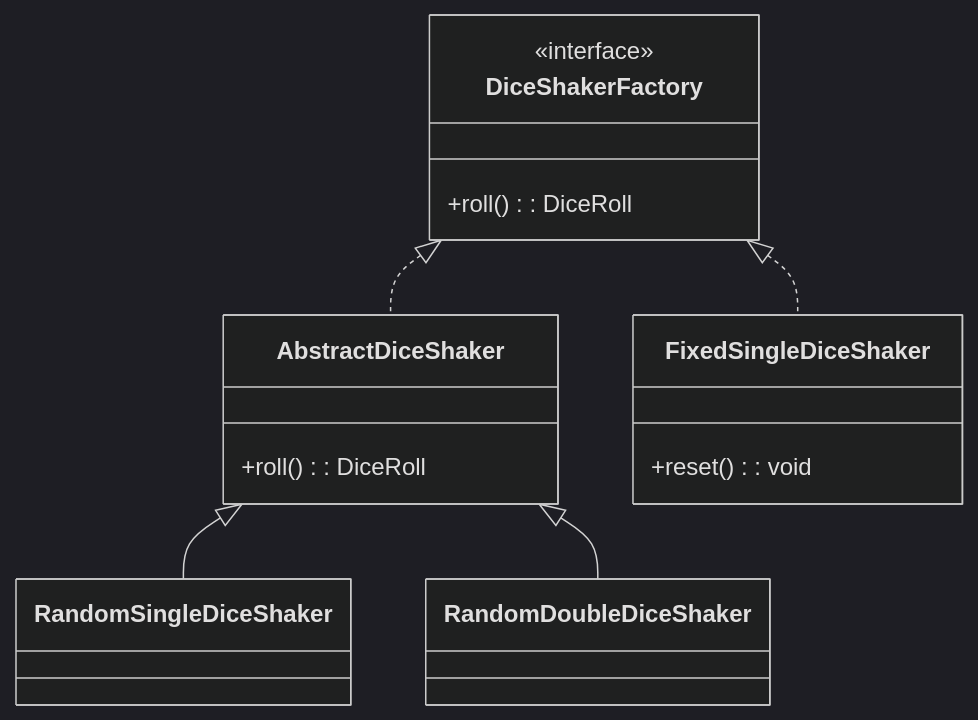
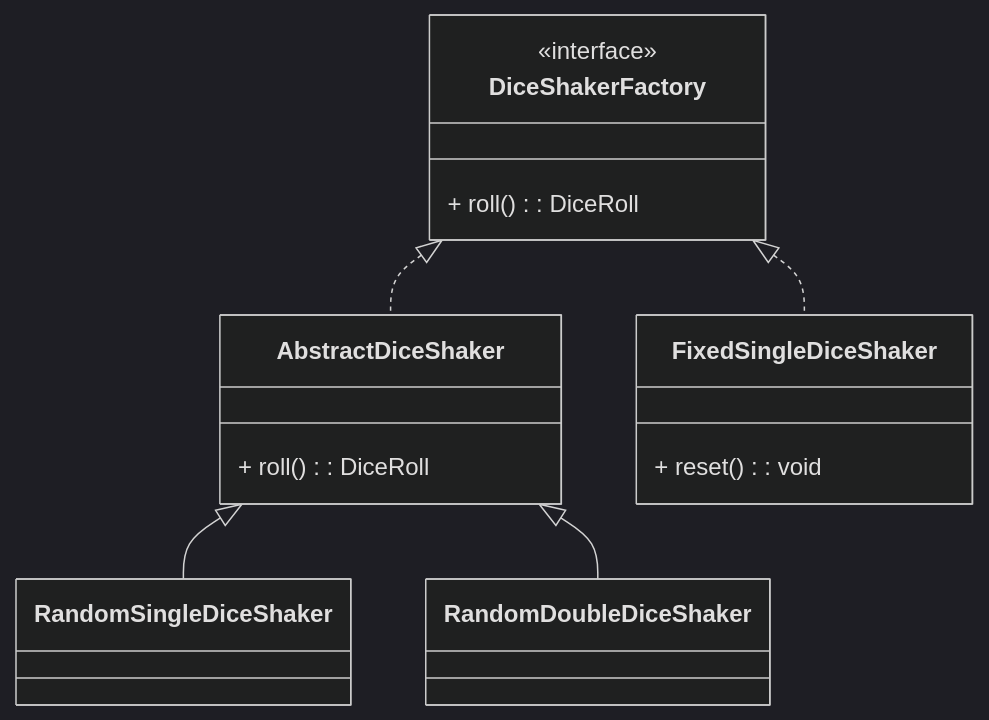
Before and after one commit to SirRmelTheThird/HyperJump: the sixth of 14 diagrams in README.md, drawn with Mermaid (dark theme). The commit also changed other lines of this file, not shown here.

````diff
--- a/README.md
+++ b/README.md
@@ -334,23 +326,23 @@
 ```mermaid
 classDiagram
     AbstractDiceShaker <|-- RandomSingleDiceShaker
     AbstractDiceShaker <|-- RandomDoubleDiceShaker
     DiceShakerFactory <|.. AbstractDiceShaker
     DiceShakerFactory <|.. FixedSingleDiceShaker
 
     class DiceShakerFactory {
         <<interface>>
-        +roll(): DiceRoll
+        + roll(): DiceRoll
     }
 
     class AbstractDiceShaker {
-        +roll(): DiceRoll
+        + roll(): DiceRoll
     }
 
     class RandomSingleDiceShaker
     class RandomDoubleDiceShaker
 
     class FixedSingleDiceShaker {
-        +reset(): void
+        + reset(): void
     }
 ```
````
